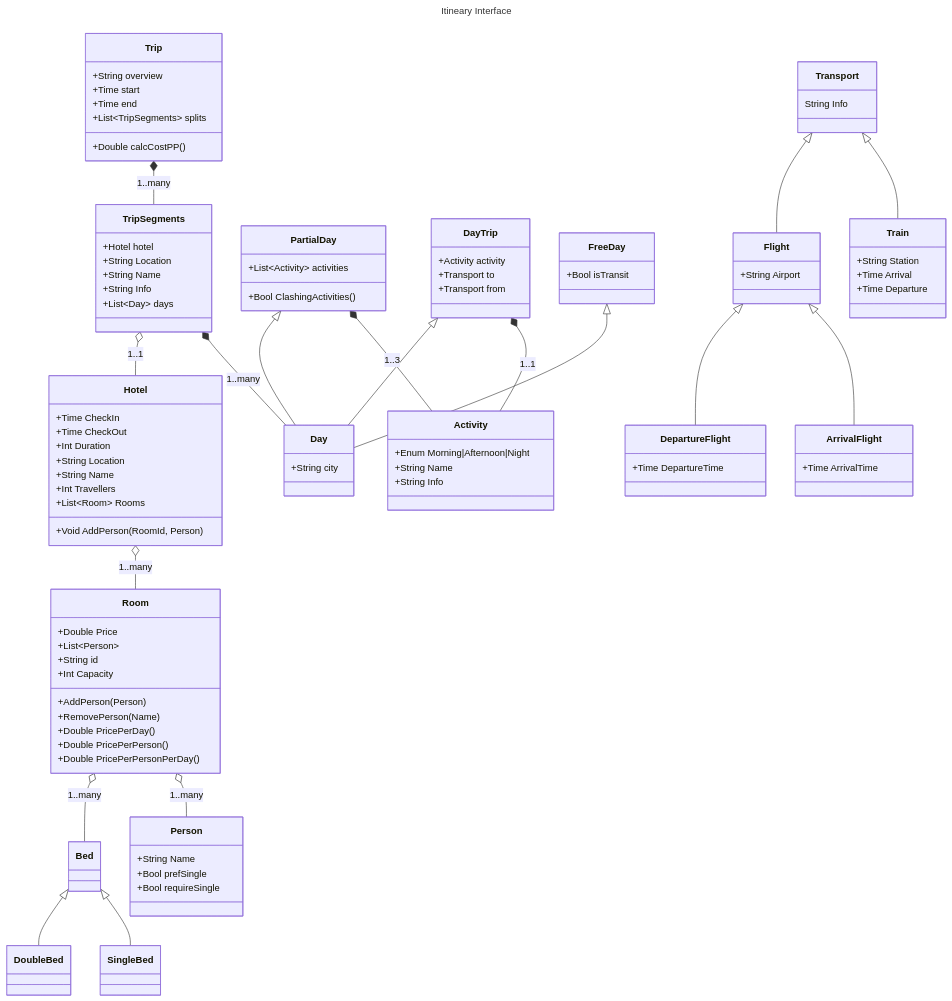
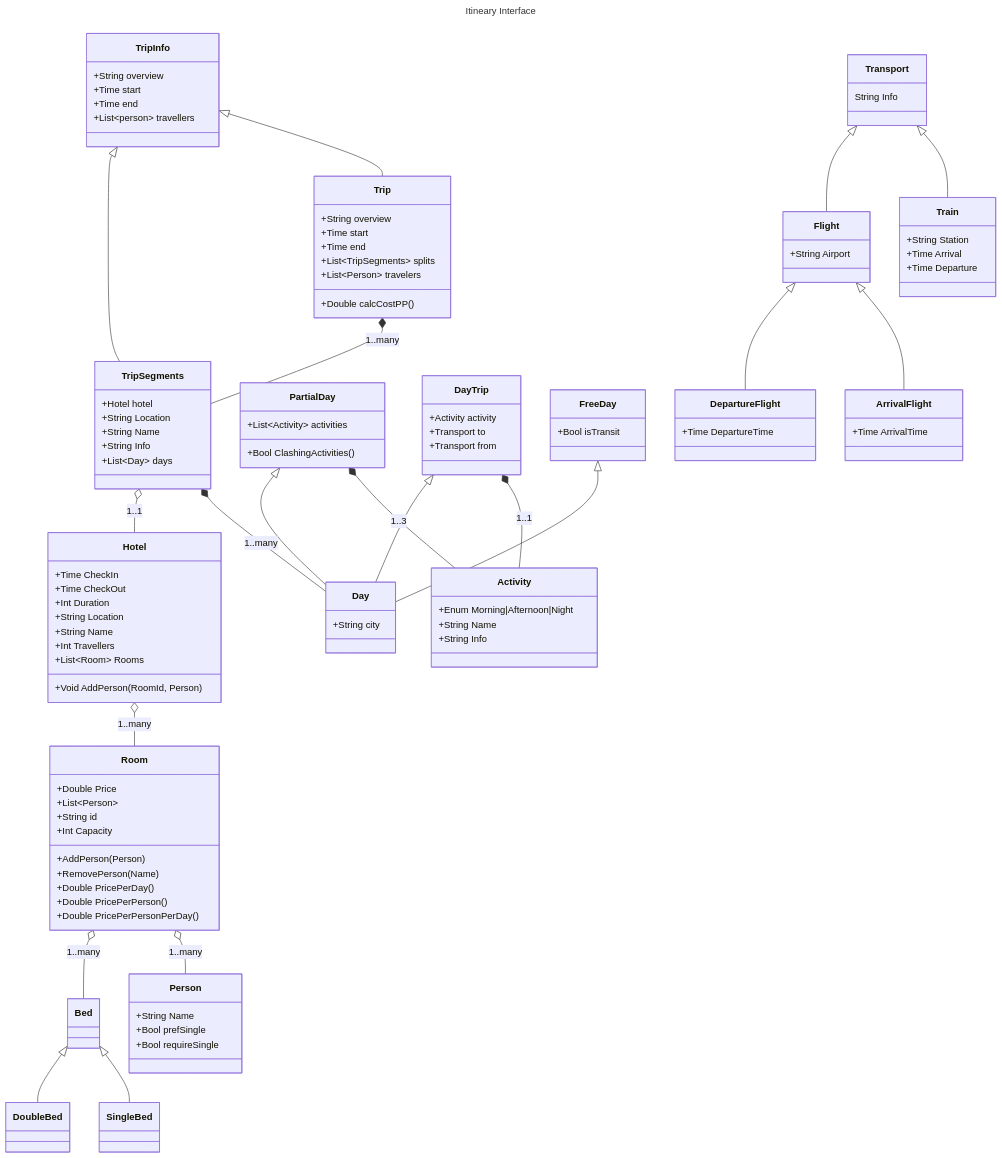
Before and after one commit to Very-Questionable/itineary-planner: the first of 2 diagrams in README.md, drawn with Mermaid. The commit also changed 17 other files, not shown here.

```diff
--- a/README.md
+++ b/README.md
@@ -22,20 +22,27 @@
     Transport <|-- Flight
     Flight <|-- ArrivalFlight
     Flight <|-- DepartureFlight
-
+    TripInfo <|-- Trip
+    TripInfo <|-- TripSegments
 
     Hotel o-- Room : 1..many
     Room o-- Person : 1..many
     Room o-- Bed : 1..many
     Bed <|-- SingleBed
     Bed <|-- DoubleBed
-    
+    class TripInfo {
+        +String overview
+        +Time start
+        +Time end
+        +List~person~ travellers
+    }
+
     class Trip {
         +String overview
         +Time start
         +Time end
         +List~TripSegments~ splits
-
+        +List~Person~ travelers 
         +Double calcCostPP()
 
     }
```
